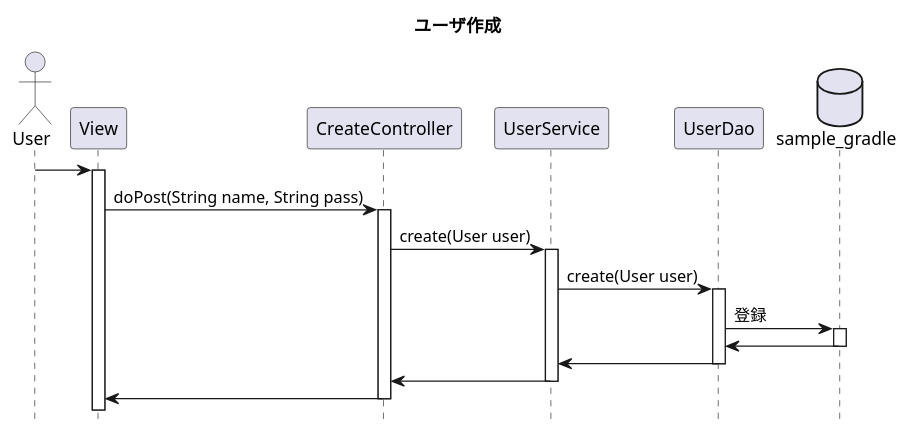
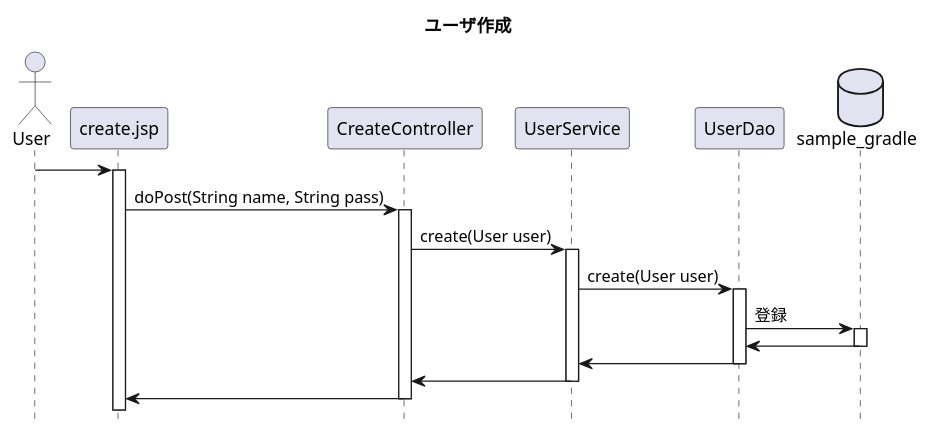
Before and after one commit to HazeyamaLab/Sample: the diagram in docs/sequence/user/create.pu, drawn with PlantUML. The commit also changed 10 other files, not shown here.

```diff
--- a/docs/sequence/user/create.pu
+++ b/docs/sequence/user/create.pu
@@ -1,52 +1,52 @@
 @startuml
 
 'メソッド名をが遷移に記述'
 'コード間のメソッドに引数が必要な時は(型 引数名, )の中に記述'
 'モデルの記述'
 'データベースは "database データベース名 as usersと記述する '
 
 'タイトルを記述'
 title ユーザ作成
 
 'シーケンスの縦線の下部にシーケンスボックスを出すかどうか(hideで出さない)指定する.'
 hide footbox
 
 'アクター'
 actor User as user
 
-participant View as view
+participant create.jsp as view
 participant CreateController as controller
 participant UserService as service
 participant UserDao as dao
 database sample_gradle as users
 
-'遷移'
+'繊維'
 user -> view :
 
 activate view
 view -> controller :doPost(String name, String pass)
 
 activate controller
-controller -> service : create(User user)
+controller -> service :create(User user)
 
 activate service
 service -> dao :create(User user)
 
 activate dao
-dao -> users : 登録
+dao -> users :登録
 
 activate users
 users -> dao :
 
 deactivate users
 
 dao -> service
 deactivate dao
 
 service -> controller
 deactivate service
 
 controller ->  view
 deactivate controller
 
 @enduml
```
